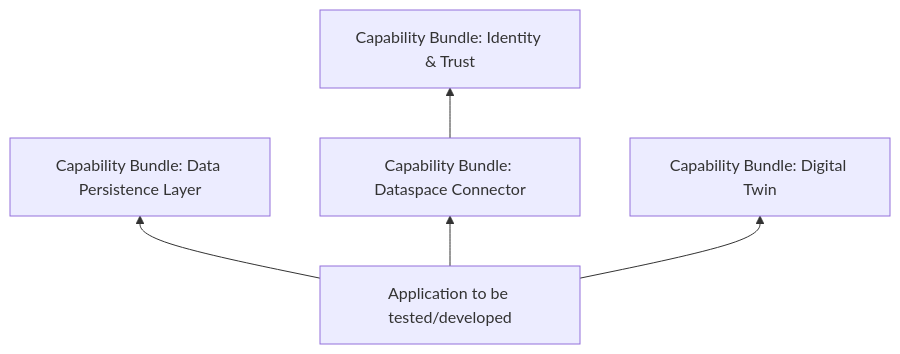
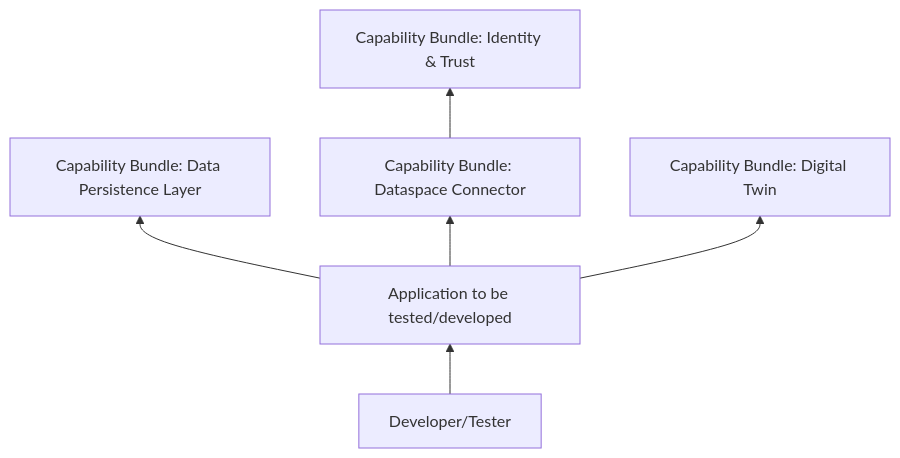
The fourth of 8 diagrams in docs/concept/TAP7.1-solution-design.md (eclipse-tractusx/tractus-x-umbrella), drawn with Mermaid before and after one commit. The commit also changed other lines of this file, not shown here.

`````diff
--- a/docs/concept/TAP7.1-solution-design.md
+++ b/docs/concept/TAP7.1-solution-design.md
@@ -356,12 +356,14 @@
 ````mermaid
 flowchart BT
     A["Capability Bundle: Identity & Trust"]
     B["Capability Bundle: Data Persistence Layer"]
     C["Capability Bundle: Dataspace Connector"]
     D["Capability Bundle: Digital Twin"]
     E["Application to be tested/developed"]
+    F["Developer/Tester"]
     E --> B
     E --> C
     E --> D
     C --> A
+    F --> E
 ````
`````
